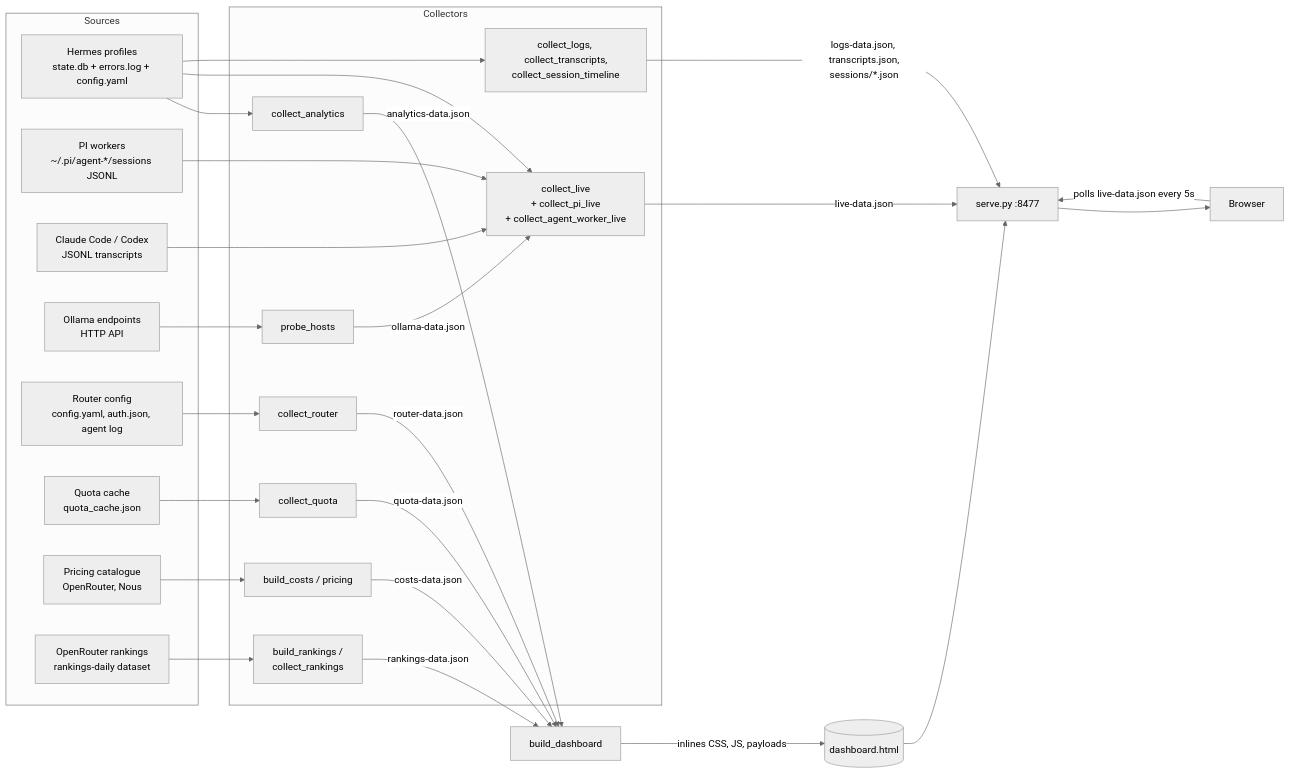
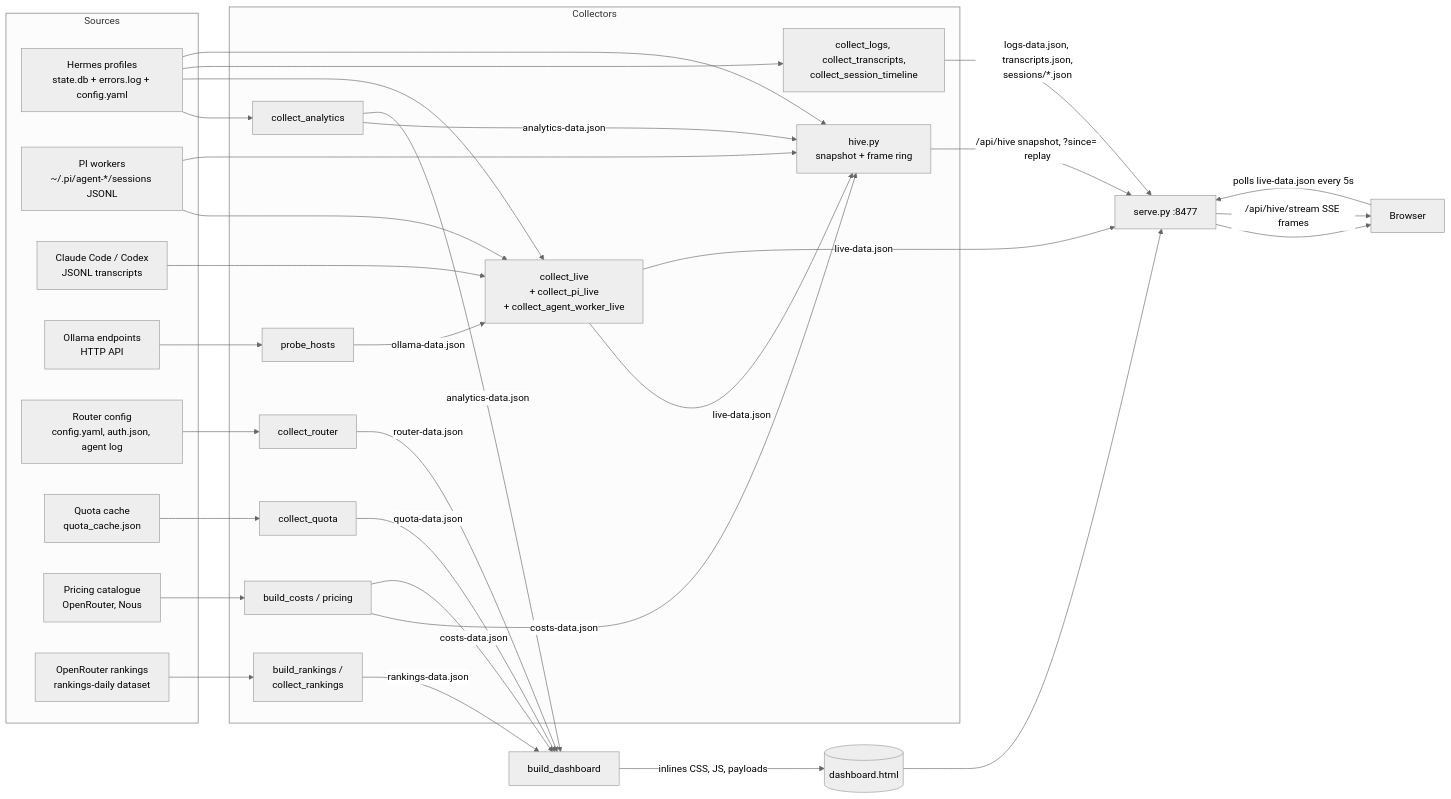
The diagram in docs/architecture.md (BeinnoLLC/LLM-Telemetry), drawn with Mermaid (neutral theme) before and after one commit. The commit also changed other lines of this file and 8 other files, not shown here.

````diff
--- a/docs/architecture.md
+++ b/docs/architecture.md
@@ -36,46 +37,53 @@
 ```mermaid
 flowchart LR
   subgraph Sources
     H[Hermes profiles<br/>state.db + errors.log + config.yaml]
     P[PI workers<br/>~/.pi/agent-*/sessions JSONL]
     C[Claude Code / Codex<br/>JSONL transcripts]
     O[Ollama endpoints<br/>HTTP API]
     R[Router config<br/>config.yaml, auth.json, agent log]
     Q[Quota cache<br/>quota_cache.json]
     PR[Pricing catalogue<br/>OpenRouter, Nous]
     RK[OpenRouter rankings<br/>rankings-daily dataset]
   end
 
   subgraph Collectors
     CA[collect_analytics]
     CL[collect_live<br/>+ collect_pi_live<br/>+ collect_agent_worker_live]
     PH[probe_hosts]
     CR[collect_router]
     CQ[collect_quota]
     BC[build_costs / pricing]
     BR[build_rankings /<br/>collect_rankings]
     CLG[collect_logs, collect_transcripts,<br/>collect_session_timeline]
+    HV[hive.py<br/>snapshot + frame ring]
   end
 
   H --> CA & CL & CLG
   P --> CL
   C --> CL
   O --> PH
   R --> CR
   Q --> CQ
   PR --> BC
   RK --> BR
   PH -->|ollama-data.json| CL
+  H & P --> HV
+  CL -->|live-data.json| HV
+  CA -->|analytics-data.json| HV
+  BC -->|costs-data.json| HV
 
   CA -->|analytics-data.json| BD[build_dashboard]
   CR -->|router-data.json| BD
   CQ -->|quota-data.json| BD
   BC -->|costs-data.json| BD
   BR -->|rankings-data.json| BD
   BD -->|inlines CSS, JS, payloads| HTML[(dashboard.html)]
   CL -->|live-data.json| SRV
   CLG -->|logs-data.json, transcripts.json,<br/>sessions/*.json| SRV
   HTML --> SRV[serve.py :8477]
   SRV --> B[Browser]
   B -->|polls live-data.json every 5s| SRV
+  HV -->|/api/hive snapshot, ?since= replay| SRV
+  SRV -->|/api/hive/stream SSE frames| B
 ```
````
